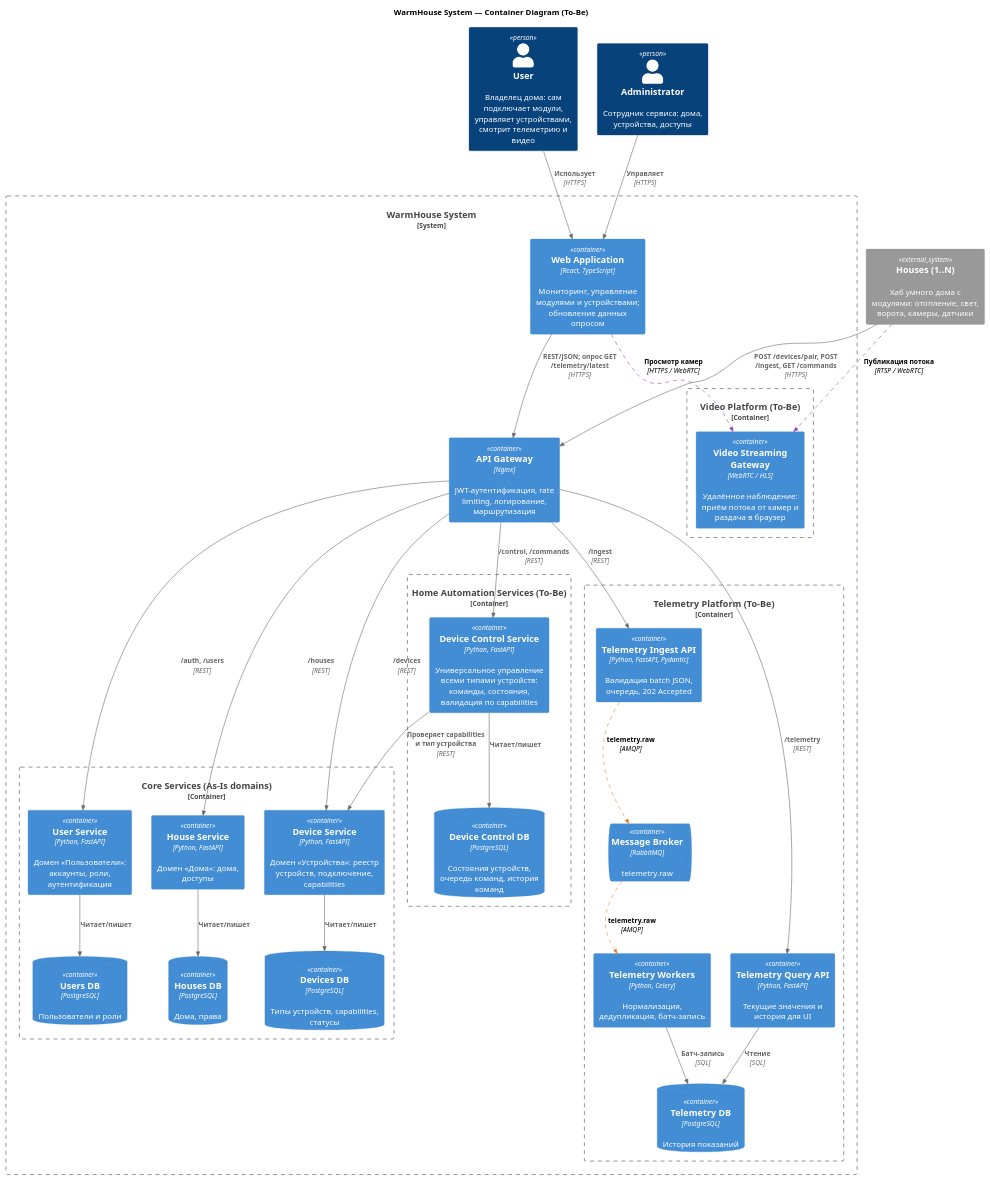
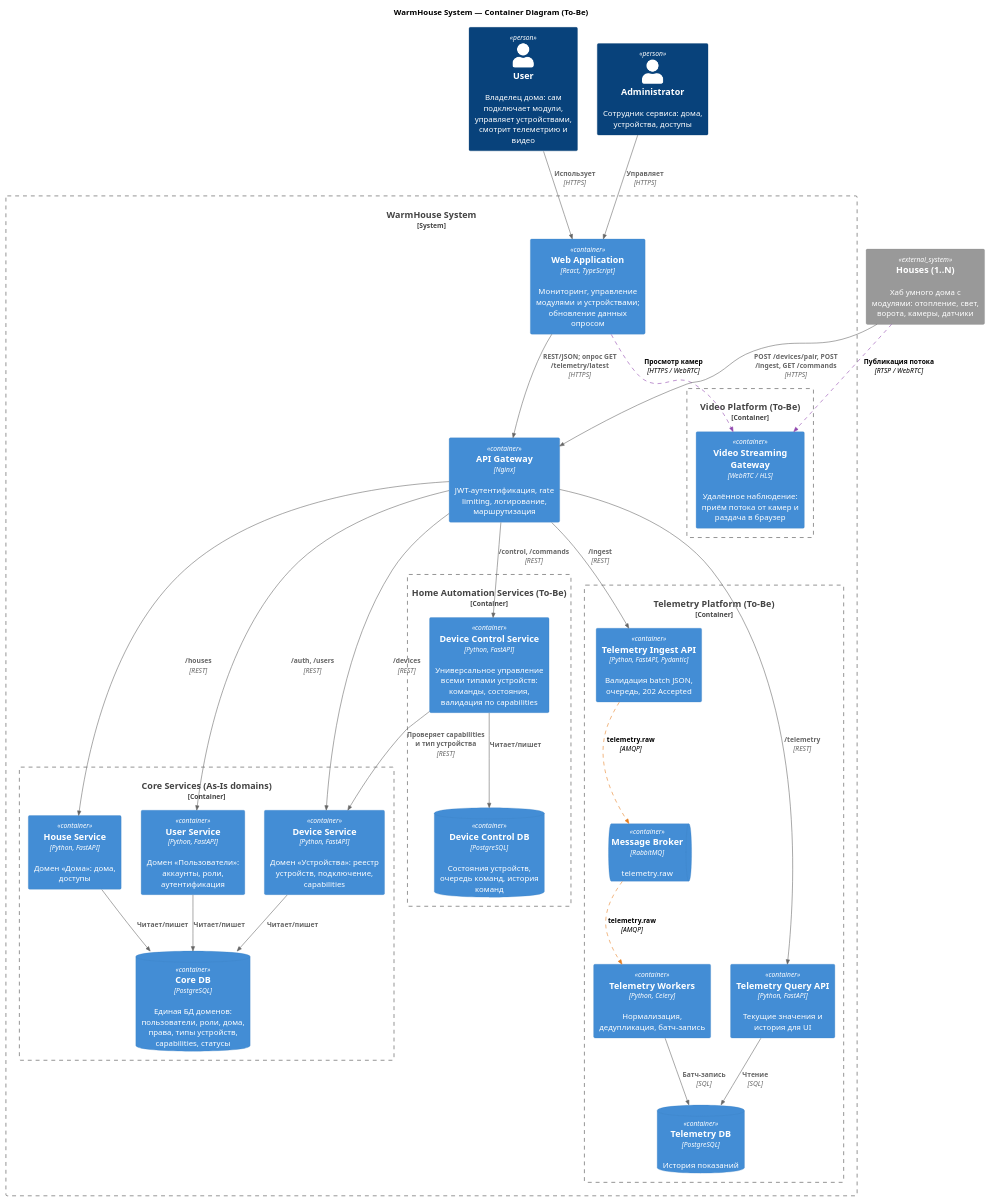
One commit to gadtakoi/architecture-pro-warmhouse changed the diagram in diagrams/Task_2_Containers.puml. Above: the diagram before and after it, drawn with PlantUML.

Commit message:
Task 2. Fix

```diff
--- a/diagrams/Task_2_Containers.puml
+++ b/diagrams/Task_2_Containers.puml
@@ -1,78 +1,75 @@
 @startuml
 title WarmHouse System — Container Diagram (To-Be)
 
 !include ../vendor/C4-PlantUML/C4_Container.puml
 
 
 AddRelTag("async", $textColor="#000000", $lineColor="#E67E22", $lineStyle=DashedLine())
 AddRelTag("media", $textColor="#000000", $lineColor="#8E44AD", $lineStyle=DashedLine())
 
 Person(user, "User", "Владелец дома: сам подключает модули, управляет устройствами, смотрит телеметрию и видео")
 Person(admin, "Administrator", "Сотрудник сервиса: дома, устройства, доступы")
 
 System_Ext(houses, "Houses (1..N)", "Хаб умного дома с модулями: отопление, свет, ворота, камеры, датчики")
 
 System_Boundary(warmhouse, "WarmHouse System") {
 
   Container(WebApp, "Web Application", "React, TypeScript", "Мониторинг, управление модулями и устройствами; обновление данных опросом")
 
   Container(ApiGateway, "API Gateway", "Nginx", "JWT-аутентификация, rate limiting, логирование, маршрутизация")
 
   Container_Boundary(core, "Core Services (As-Is domains)") {
     Container(UserService, "User Service", "Python, FastAPI", "Домен «Пользователи»: аккаунты, роли, аутентификация")
-    ContainerDb(UserDb, "Users DB", "PostgreSQL", "Пользователи и роли")
+    Container(HouseService, "House Service", "Python, FastAPI", "Домен «Дома»: дома, доступы")
+    Container(DeviceService, "Device Service", "Python, FastAPI", "Домен «Устройства»: реестр устройств, подключение, capabilities")
 
-    Container(HouseService, "House Service", "Python, FastAPI", "Домен «Дома»: дома, доступы")
-    ContainerDb(HouseDb, "Houses DB", "PostgreSQL", "Дома, права")
-
-    Container(DeviceService, "Device Service", "Python, FastAPI", "Домен «Устройства»: реестр устройств, подключение, capabilities")
-    ContainerDb(DeviceDb, "Devices DB", "PostgreSQL", "Типы устройств, capabilities, статусы")
+    ContainerDb(CoreDb, "Core DB", "PostgreSQL", "Единая БД доменов: пользователи, роли, дома, права, типы устройств, capabilities, статусы")
   }
 
   Container_Boundary(automation, "Home Automation Services (To-Be)") {
     Container(DeviceControlService, "Device Control Service", "Python, FastAPI", "Универсальное управление всеми типами устройств: команды, состояния, валидация по capabilities")
     ContainerDb(DeviceControlDb, "Device Control DB", "PostgreSQL", "Состояния устройств, очередь команд, история команд")
   }
 
   Container_Boundary(telemetry, "Telemetry Platform (To-Be)") {
     Container(IngestService, "Telemetry Ingest API", "Python, FastAPI, Pydantic", "Валидация batch JSON, очередь, 202 Accepted")
     Container(QueryService, "Telemetry Query API", "Python, FastAPI", "Текущие значения и история для UI")
     ContainerQueue(MessageBroker, "Message Broker", "RabbitMQ", "telemetry.raw")
     Container(TelemetryWorker, "Telemetry Workers", "Python, Celery", "Нормализация, дедупликация, батч-запись")
     ContainerDb(TelemetryDb, "Telemetry DB", "PostgreSQL", "История показаний")
   }
 
   Container_Boundary(video, "Video Platform (To-Be)") {
     Container(VideoGateway, "Video Streaming Gateway", "WebRTC / HLS", "Удалённое наблюдение: приём потока от камер и раздача в браузер")
   }
 }
 
 Rel(user, WebApp, "Использует", "HTTPS")
 Rel(admin, WebApp, "Управляет", "HTTPS")
 
 Rel(WebApp, ApiGateway, "REST/JSON; опрос GET /telemetry/latest", "HTTPS")
 Rel(WebApp, VideoGateway, "Просмотр камер", "HTTPS / WebRTC", $tags="media")
 
 Rel(houses, ApiGateway, "POST /devices/pair, POST /ingest, GET /commands", "HTTPS")
 Rel(houses, VideoGateway, "Публикация потока", "RTSP / WebRTC", $tags="media")
 
 Rel(ApiGateway, UserService, "/auth, /users", "REST")
 Rel(ApiGateway, HouseService, "/houses", "REST")
 Rel(ApiGateway, DeviceService, "/devices", "REST")
 Rel(ApiGateway, DeviceControlService, "/control, /commands", "REST")
 Rel(ApiGateway, IngestService, "/ingest", "REST")
 Rel(ApiGateway, QueryService, "/telemetry", "REST")
 
-Rel(UserService, UserDb, "Читает/пишет")
-Rel(HouseService, HouseDb, "Читает/пишет")
-Rel(DeviceService, DeviceDb, "Читает/пишет")
+Rel(UserService, CoreDb, "Читает/пишет")
+Rel(HouseService, CoreDb, "Читает/пишет")
+Rel(DeviceService, CoreDb, "Читает/пишет")
 Rel(DeviceControlService, DeviceControlDb, "Читает/пишет")
 
 Rel(DeviceControlService, DeviceService, "Проверяет capabilities и тип устройства", "REST")
 
 Rel(IngestService, MessageBroker, "telemetry.raw", "AMQP", $tags="async")
 Rel(MessageBroker, TelemetryWorker, "telemetry.raw", "AMQP", $tags="async")
 Rel(TelemetryWorker, TelemetryDb, "Батч-запись", "SQL")
 Rel(QueryService, TelemetryDb, "Чтение", "SQL")
 
 @enduml
```
